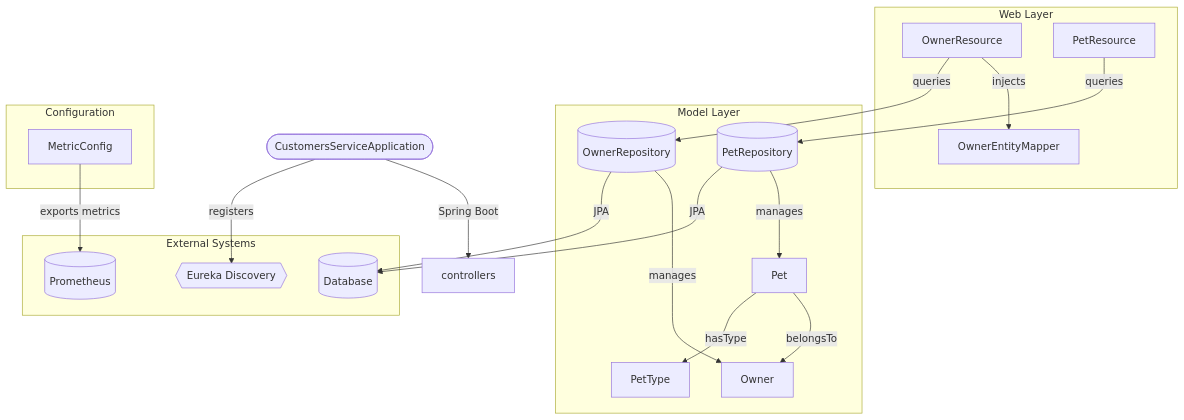
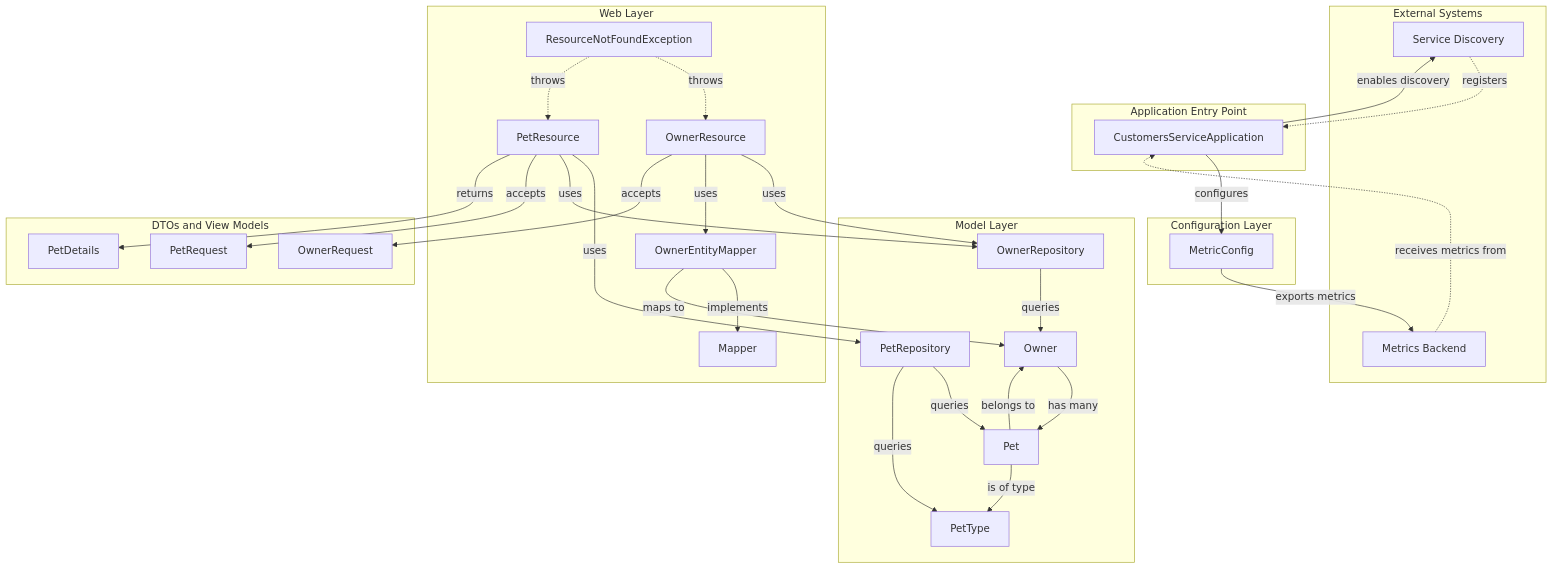
The diagram in README.md (audoclyphia-evals/petclinic-customers-service), drawn with Mermaid before and after one commit. The commit also changed other lines of this file and 6 other files, not shown here.

````diff
--- a/README.md
+++ b/README.md
@@ -23,52 +15,75 @@
 ```mermaid
 flowchart TB
-    %% Source: Context #1, Context #5 - CustomersServiceApplication.java
-    app([CustomersServiceApplication]) -->|Spring Boot| controllers
+    %% System Architecture for petclinic-customers-service microservice
+    %% Evidence-based diagram using code context
 
-    subgraph Web_Tier [Web Layer]
-        %% Source: Context #5 - OwnerResource.java, PetResource.java
-        owner_resource[OwnerResource]
-        pet_resource[PetResource]
-        %% Source: Context #5 - OwnerEntityMapper.java
-        owner_mapper[OwnerEntityMapper]
+    %% External Systems Tier
+    subgraph External_Systems [External Systems]
+        SD[Service Discovery]
+        MB[Metrics Backend]
     end
 
-    subgraph Model_Tier [Model Layer]
-        %% Source: Context #5 - Owner.java, Pet.java, PetType.java
-        owner[Owner]
-        pet[Pet]
-        pet_type[PetType]
-        %% Source: Context #5 - OwnerRepository.java, PetRepository.java
-        owner_repo[(OwnerRepository)]
-        pet_repo[(PetRepository)]
+    %% Application Entry Point
+    subgraph Application_Tier [Application Entry Point]
+        CSA[CustomersServiceApplication]
     end
 
-    subgraph Config_Tier [Configuration]
-        %% Source: Context #5 - MetricConfig.java
-        metric_config[MetricConfig]
+    %% Web Layer Tier
+    subgraph Web_Layer [Web Layer]
+        OR[OwnerResource]
+        PR[PetResource]
+        RNF[ResourceNotFoundException]
+        OEM[OwnerEntityMapper]
+        MAPPER[Mapper]
     end
 
-    subgraph External_Tier [External Systems]
-        %% Source: Context #4 - pom.xml (MySQL, Eureka, Prometheus)
-        db[(Database)]
-        eureka{{Eureka Discovery}}
-        prometheus[(Prometheus)]
+    %% Model Layer Tier
+    subgraph Model_Layer [Model Layer]
+        OWN[Owner]
+        PET[Pet]
+        PT[PetType]
+        ORR[OwnerRepository]
+        PRP[PetRepository]
     end
 
-    %% Web Layer connections
-    owner_resource -->|injects| owner_mapper
-    owner_resource -->|queries| owner_repo
-    pet_resource -->|queries| pet_repo
+    %% Configuration Tier
+    subgraph Config_Layer [Configuration Layer]
+        MC[MetricConfig]
+    end
 
-    %% Model Layer connections
-    owner_repo -->|manages| owner
-    pet_repo -->|manages| pet
-    pet -->|belongsTo| owner
-    pet -->|hasType| pet_type
+    %% DTO/View Model Tier
+    subgraph DTO_Tier [DTOs and View Models]
+        OREQ[OwnerRequest]
+        PREQ[PetRequest]
+        PDET[PetDetails]
+    end
+
+    %% Relationships
+    CSA -->|enables discovery| SD
+    CSA -->|configures| MC
+    MC -->|exports metrics| MB
+
+    OR -->|uses| ORR
+    OR -->|uses| OEM
+    PR -->|uses| PRP
+    PR -->|uses| ORR
+    RNF -.->|throws| OR
+    RNF -.->|throws| PR
+
+    OEM -->|implements| MAPPER
+    OEM -->|maps to| OWN
+    OR -->|accepts| OREQ
+    PR -->|accepts| PREQ
+    PR -->|returns| PDET
+
+    ORR -->|queries| OWN
+    PRP -->|queries| PET
+    PRP -->|queries| PT
+    OWN -->|has many| PET
+    PET -->|belongs to| OWN
+    PET -->|is of type| PT
 
     %% External connections
-    owner_repo -->|JPA| db
-    pet_repo -->|JPA| db
-    app -->|registers| eureka
-    metric_config -->|exports metrics| prometheus
+    SD -.->|registers| CSA
+    MB -.->|receives metrics from| CSA
 ```
````
